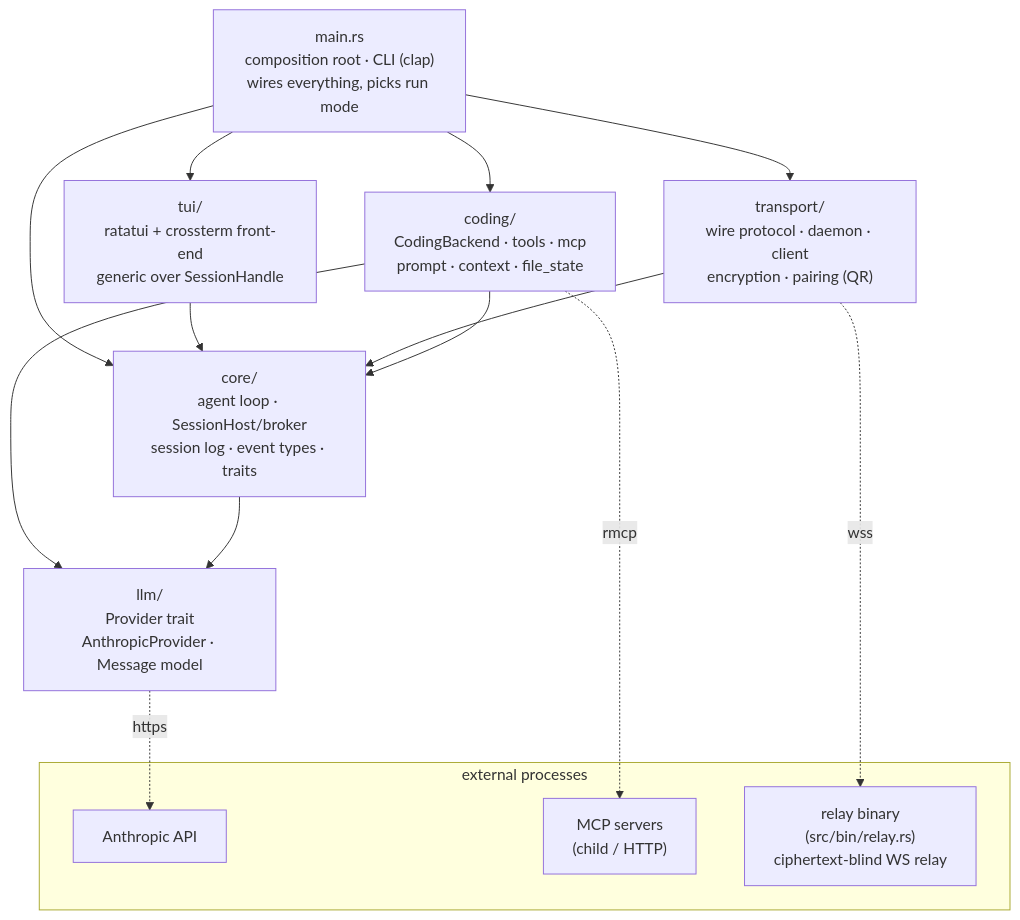
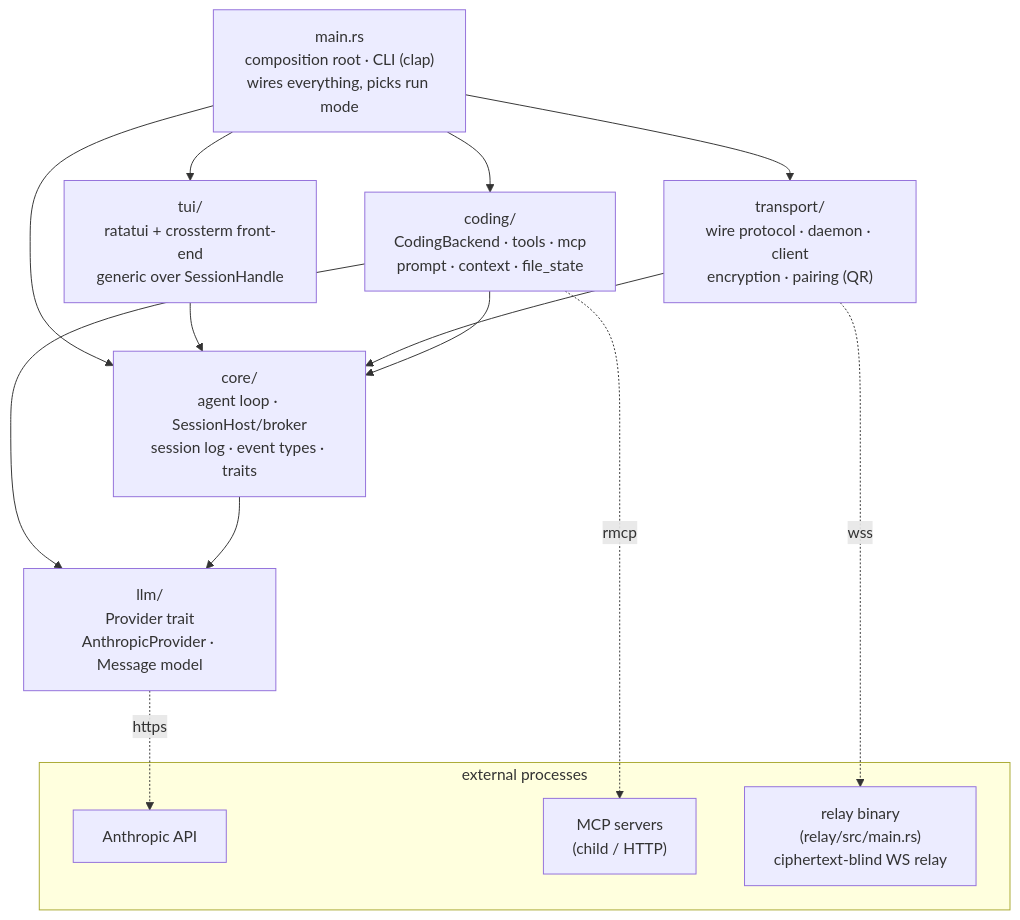
One commit to nuudge/nudge changed the first of 3 diagrams in ARCHITECTURE.md. Above: the diagram before and after it, drawn with Mermaid. The commit also changed 8 other files, not shown here.

````diff
--- a/ARCHITECTURE.md
+++ b/ARCHITECTURE.md
@@ -11,31 +11,31 @@
 ```mermaid
 graph TD
   main["main.rs<br/>composition root · CLI (clap)<br/>wires everything, picks run mode"]
 
   tui["tui/<br/>ratatui + crossterm front-end<br/>generic over SessionHandle"]
   transport["transport/<br/>wire protocol · daemon · client<br/>encryption · pairing (QR)"]
   coding["coding/<br/>CodingBackend · tools · mcp<br/>prompt · context · file_state"]
   core["core/<br/>agent loop · SessionHost/broker<br/>session log · event types · traits"]
   llm["llm/<br/>Provider trait<br/>AnthropicProvider · Message model"]
 
   main --> tui
   main --> transport
   main --> coding
   main --> core
 
   tui --> core
   transport --> core
   coding --> core
   coding --> llm
   core --> llm
 
   subgraph external [external processes]
     api["Anthropic API"]
     mcpsrv["MCP servers<br/>(child / HTTP)"]
-    relay["relay binary<br/>(src/bin/relay.rs)<br/>ciphertext-blind WS relay"]
+    relay["relay binary<br/>(relay/src/main.rs)<br/>ciphertext-blind WS relay"]
   end
 
   llm -. https .-> api
   coding -. rmcp .-> mcpsrv
   transport -. wss .-> relay
 ```
````
